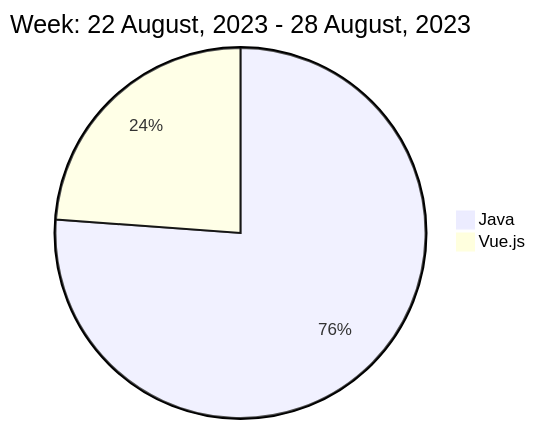
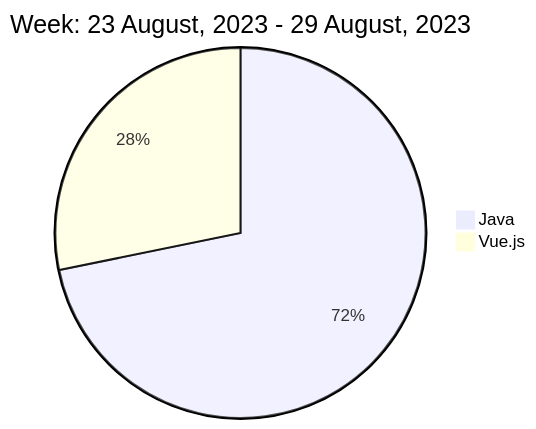
The diagram in README.md (liubin95/liubin95), drawn with Mermaid before and after one commit.

Commit message:
Updated the Graph with new Metrics

````diff
--- a/README.md
+++ b/README.md
@@ -40,6 +40,6 @@
 ```mermaid
  pie
-title Week: 22 August, 2023 - 28 August, 2023
- "Java" : 7.03
- "Vue.js" : 2.2
+title Week: 23 August, 2023 - 29 August, 2023
+ "Java" : 5.65
+ "Vue.js" : 2.22
 ```
````
